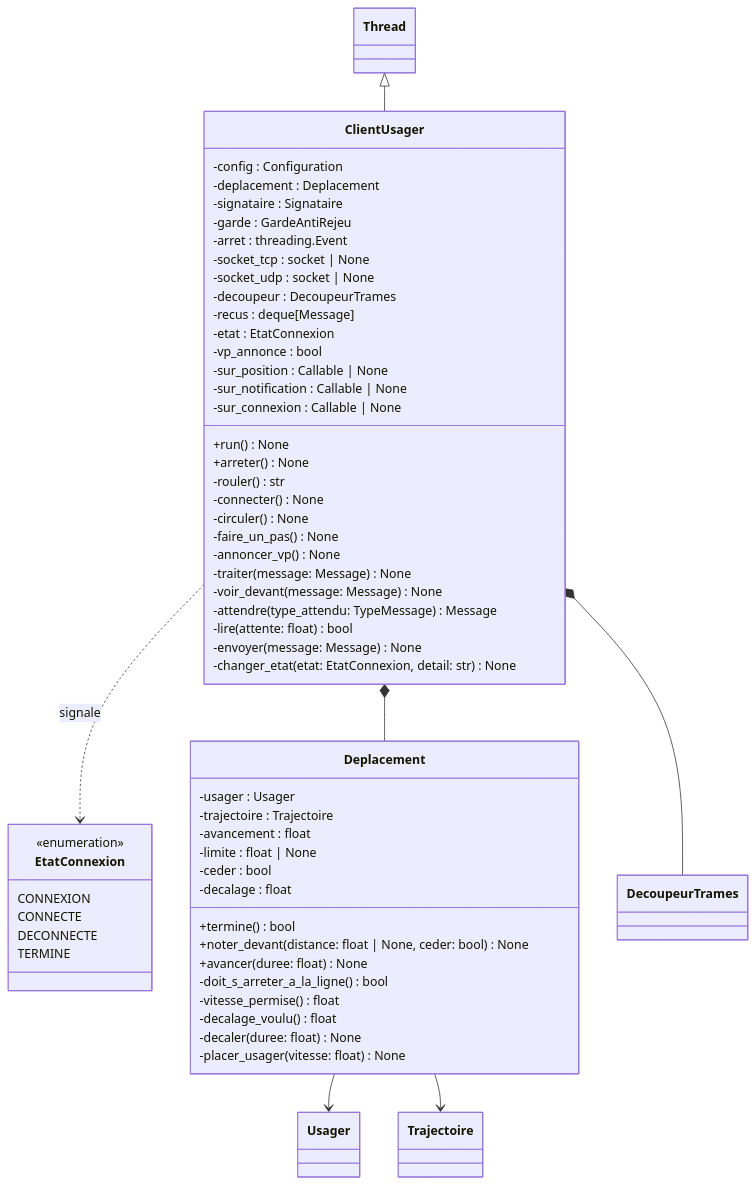
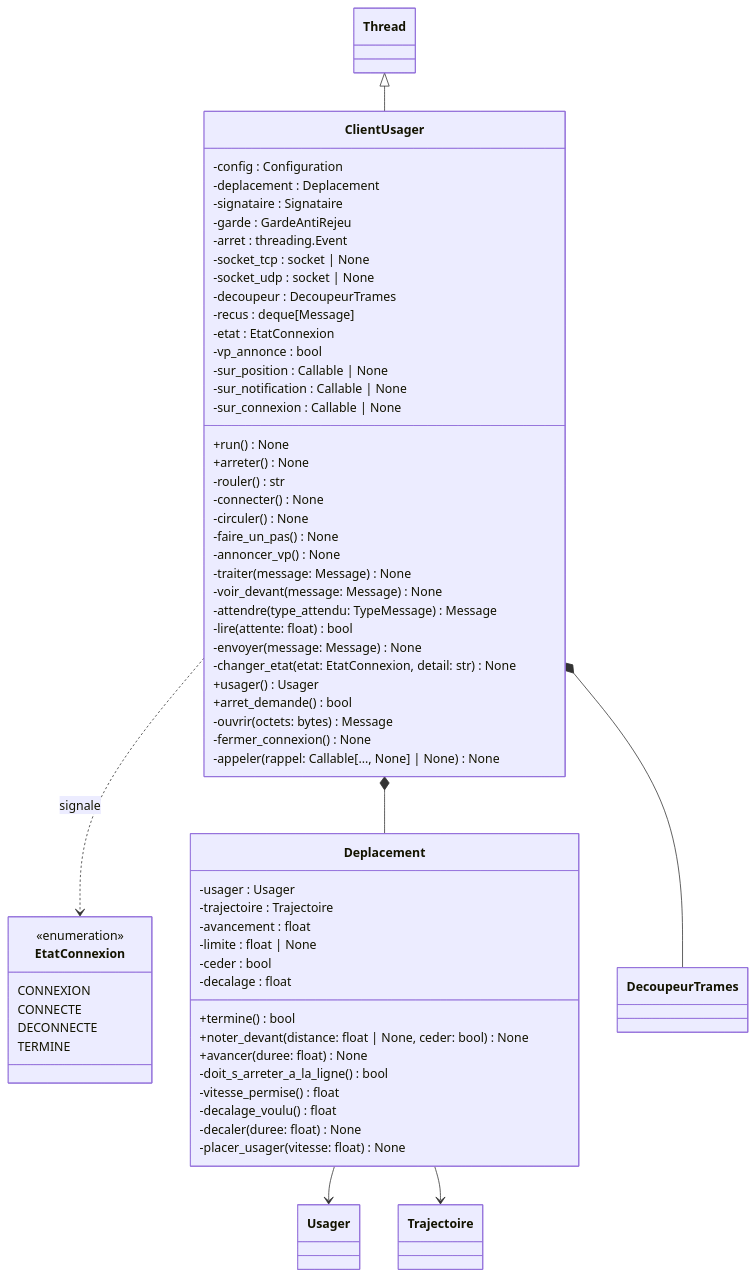
One commit to vRayzix/SAE3.02_Developper-une-application-communicante changed the tenth of 12 diagrams in docs/uml.md. Above: the diagram before and after it, drawn with Mermaid. The commit also changed other lines of this file and 1 other file, not shown here.

First line of the commit message:
docs(uml): diagramme final, membres et dépendances repris du code

````diff
--- a/docs/uml.md
+++ b/docs/uml.md
@@ -672,66 +696,71 @@
 ```mermaid
 classDiagram
     class Thread
 
     class EtatConnexion {
         <<enumeration>>
         CONNEXION
         CONNECTE
         DECONNECTE
         TERMINE
     }
 
     class ClientUsager {
         -config : Configuration
         -deplacement : Deplacement
         -signataire : Signataire
         -garde : GardeAntiRejeu
         -arret : threading.Event
         -socket_tcp : socket | None
         -socket_udp : socket | None
         -decoupeur : DecoupeurTrames
         -recus : deque[Message]
         -etat : EtatConnexion
         -vp_annonce : bool
         -sur_position : Callable | None
         -sur_notification : Callable | None
         -sur_connexion : Callable | None
         +run() None
         +arreter() None
         -rouler() str
         -connecter() None
         -circuler() None
         -faire_un_pas() None
         -annoncer_vp() None
         -traiter(message: Message) None
         -voir_devant(message: Message) None
         -attendre(type_attendu: TypeMessage) Message
         -lire(attente: float) bool
         -envoyer(message: Message) None
         -changer_etat(etat: EtatConnexion, detail: str) None
+        +usager() Usager
+        +arret_demande() bool
+        -ouvrir(octets: bytes) Message
+        -fermer_connexion() None
+        -appeler(rappel: Callable[..., None] | None) None
     }
 
     class Deplacement {
         -usager : Usager
         -trajectoire : Trajectoire
         -avancement : float
         -limite : float | None
         -ceder : bool
         -decalage : float
         +termine() bool
         +noter_devant(distance: float | None, ceder: bool) None
         +avancer(duree: float) None
         -doit_s_arreter_a_la_ligne() bool
         -vitesse_permise() float
         -decalage_voulu() float
         -decaler(duree: float) None
         -placer_usager(vitesse: float) None
     }
 
     Thread <|-- ClientUsager
     ClientUsager *-- Deplacement
     ClientUsager ..> EtatConnexion : signale
     ClientUsager *-- DecoupeurTrames
     Deplacement --> Usager
     Deplacement --> Trajectoire
 ```
````
